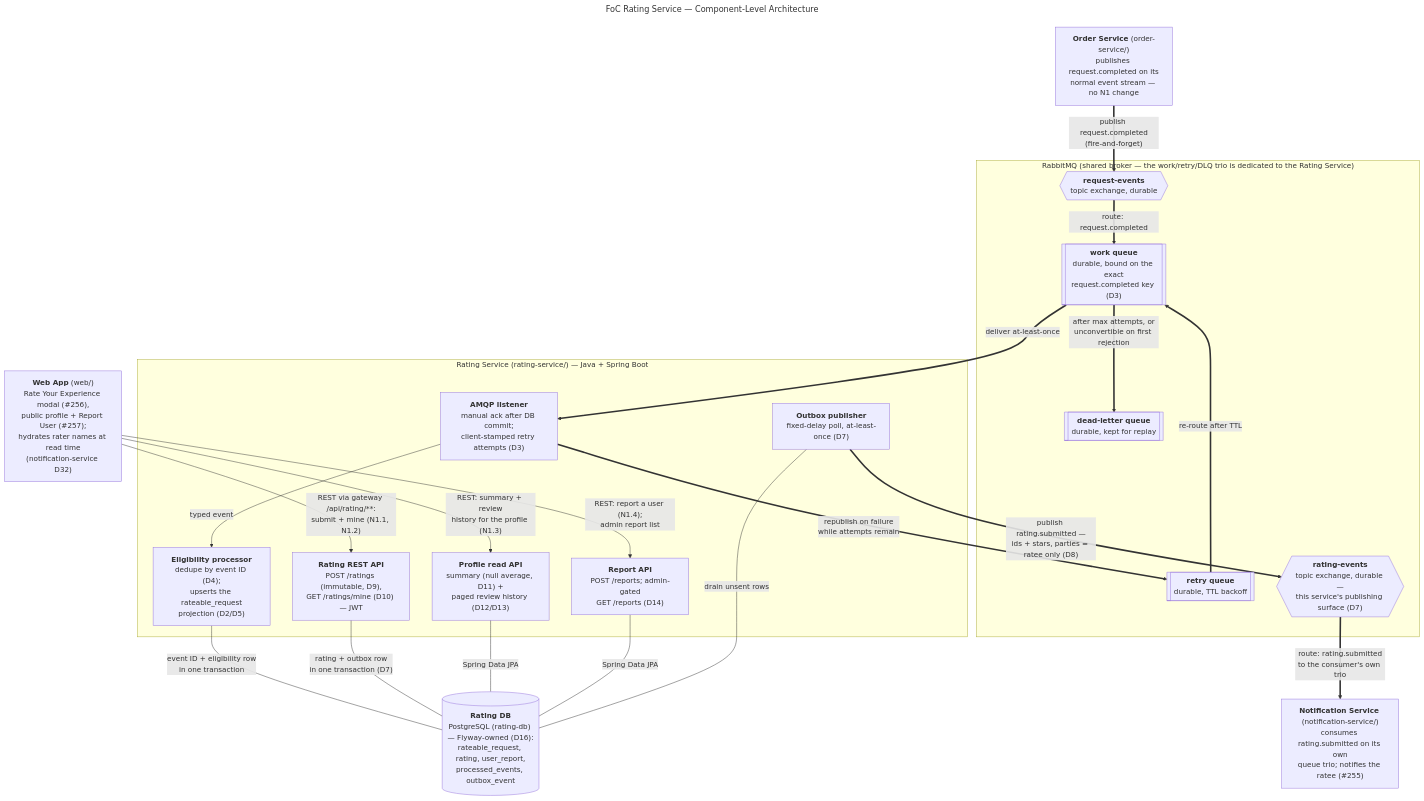
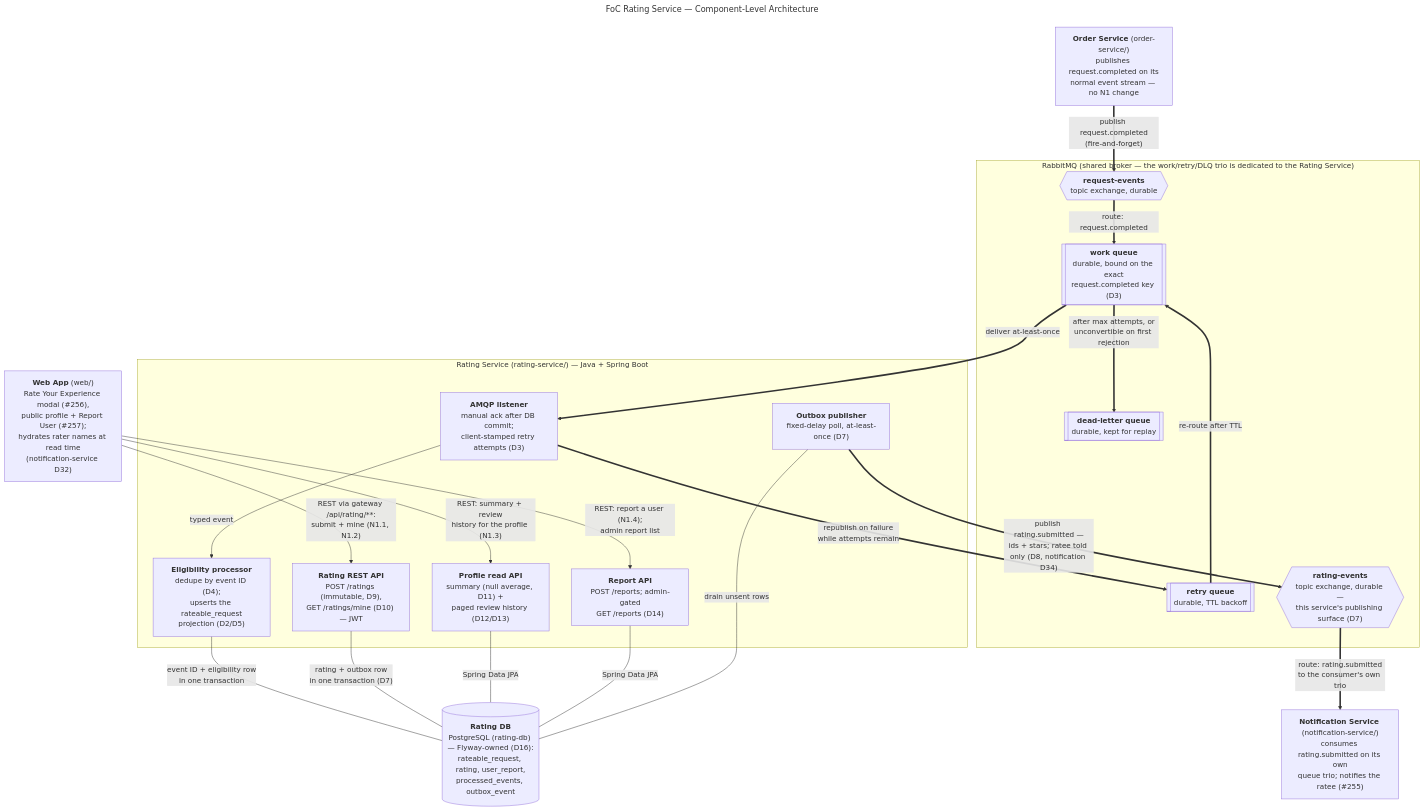
Before and after one commit to AY2627S1-CS3219-P23/foc: the diagram in docs/rating-service.mmd, drawn with Mermaid. The commit also changed 86 other files, not shown here.

```diff
--- a/docs/rating-service.mmd
+++ b/docs/rating-service.mmd
@@ -1,54 +1,57 @@
 ---
 title: "FoC Rating Service — Component-Level Architecture"
 ---
 %% AI-assisted (CS3219 AI Usage Policy disclosure):
 %% Tool: Claude Code (Fable 5), 2026-11-02, issue #258.
 %% Scope: drew the team-decided design (decisions D1-D17, made by
 %% Leong Wei Zhi, recorded in docs/rating-service.md) from the merged
 %% implementation; the tool made no design decisions.
 %% Author review: Leong Wei Zhi, pending pull request review.
+%% 2026-11-04, Claude Code (Fable 5.1), notification D34: the outbox edge
+%% label no longer names the removed parties field. Author review: Leong
+%% Wei Zhi, pending pull request review.
 %% Legend, decisions and traceability: see docs/rating-service.md
 flowchart TB
     ORDER_SVC["<b>Order Service</b> (order-service/)<br/>publishes request.completed on its<br/>normal event stream — no N1 change"]
     WEB["<b>Web App</b> (web/)<br/>Rate Your Experience modal (#256),<br/>public profile + Report User (#257);<br/>hydrates rater names at read time<br/>(notification-service D32)"]
     NOTIF_SVC["<b>Notification Service</b> (notification-service/)<br/>consumes rating.submitted on its own<br/>queue trio; notifies the ratee (#255)"]
 
     subgraph RABBIT ["RabbitMQ (shared broker — the work/retry/DLQ trio is dedicated to the Rating Service)"]
         REQ_EXCH{{"<b>request-events</b><br/>topic exchange, durable"}}
         WORKQ[["<b>work queue</b><br/>durable, bound on the exact<br/>request.completed key (D3)"]]
         RETRYQ[["<b>retry queue</b><br/>durable, TTL backoff"]]
         DLQ[["<b>dead-letter queue</b><br/>durable, kept for replay"]]
         RATING_EXCH{{"<b>rating-events</b><br/>topic exchange, durable —<br/>this service's publishing surface (D7)"}}
     end
 
     subgraph RATING ["Rating Service (rating-service/) — Java + Spring Boot"]
         LISTENER["<b>AMQP listener</b><br/>manual ack after DB commit;<br/>client-stamped retry attempts (D3)"]
         PROCESSOR["<b>Eligibility processor</b><br/>dedupe by event ID (D4);<br/>upserts the rateable_request<br/>projection (D2/D5)"]
         RATING_API["<b>Rating REST API</b><br/>POST /ratings (immutable, D9),<br/>GET /ratings/mine (D10) — JWT"]
         READ_API["<b>Profile read API</b><br/>summary (null average, D11) +<br/>paged review history (D12/D13)"]
         REPORT_API["<b>Report API</b><br/>POST /reports; admin-gated<br/>GET /reports (D14)"]
         OUTBOX["<b>Outbox publisher</b><br/>fixed-delay poll, at-least-once (D7)"]
     end
 
     RATING_DB[("<b>Rating DB</b><br/>PostgreSQL (rating-db) — Flyway-owned (D16):<br/>rateable_request, rating, user_report,<br/>processed_events, outbox_event")]
 
     ORDER_SVC ==>|"publish request.completed<br/>(fire-and-forget)"| REQ_EXCH
     REQ_EXCH ==>|"route: request.completed"| WORKQ
     WORKQ ==>|"deliver at-least-once"| LISTENER
     LISTENER ==>|"republish on failure<br/>while attempts remain"| RETRYQ
     RETRYQ ==>|"re-route after TTL"| WORKQ
     WORKQ ==>|"after max attempts, or<br/>unconvertible on first rejection"| DLQ
 
     LISTENER -->|"typed event"| PROCESSOR
     PROCESSOR ---|"event ID + eligibility row<br/>in one transaction"| RATING_DB
 
     WEB -->|"REST via gateway /api/rating/**:<br/>submit + mine (N1.1, N1.2)"| RATING_API
     WEB -->|"REST: summary + review<br/>history for the profile (N1.3)"| READ_API
     WEB -->|"REST: report a user (N1.4);<br/>admin report list"| REPORT_API
 
     RATING_API ---|"rating + outbox row<br/>in one transaction (D7)"| RATING_DB
     READ_API ---|"Spring Data JPA"| RATING_DB
     REPORT_API ---|"Spring Data JPA"| RATING_DB
     OUTBOX ---|"drain unsent rows"| RATING_DB
-    OUTBOX ==>|"publish rating.submitted —<br/>ids + stars, parties = ratee only (D8)"| RATING_EXCH
+    OUTBOX ==>|"publish rating.submitted —<br/>ids + stars; ratee told only (D8, notification D34)"| RATING_EXCH
     RATING_EXCH ==>|"route: rating.submitted<br/>to the consumer's own trio"| NOTIF_SVC
```
